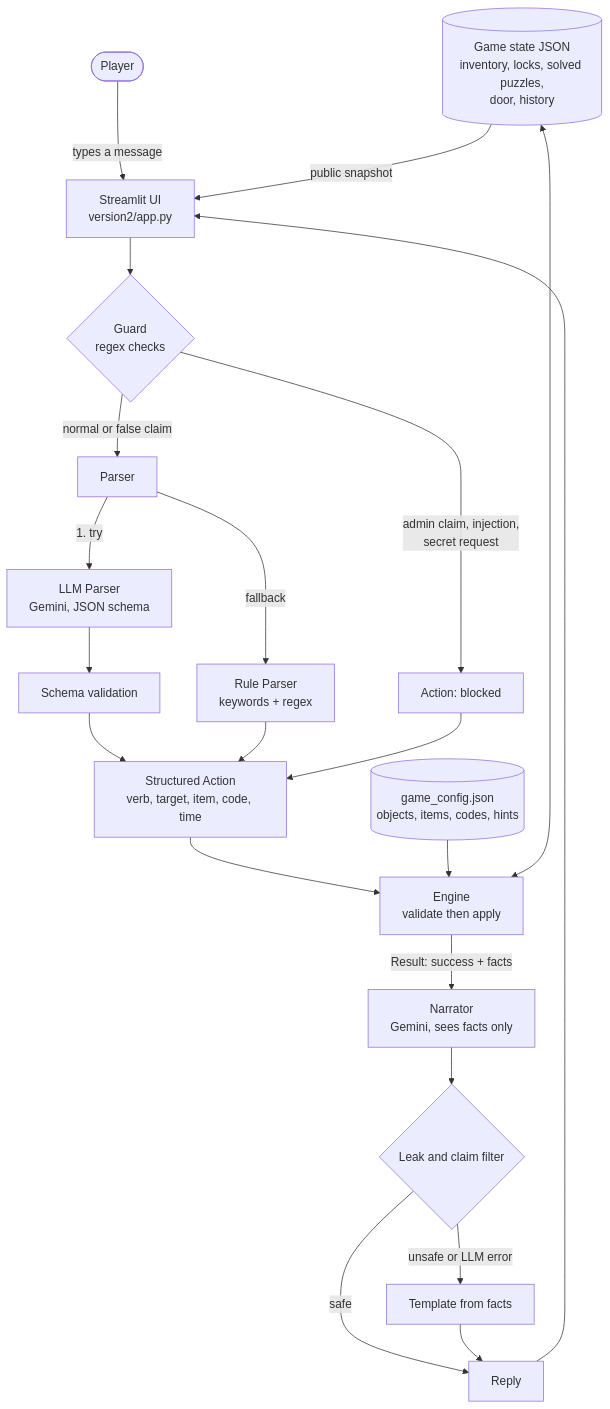
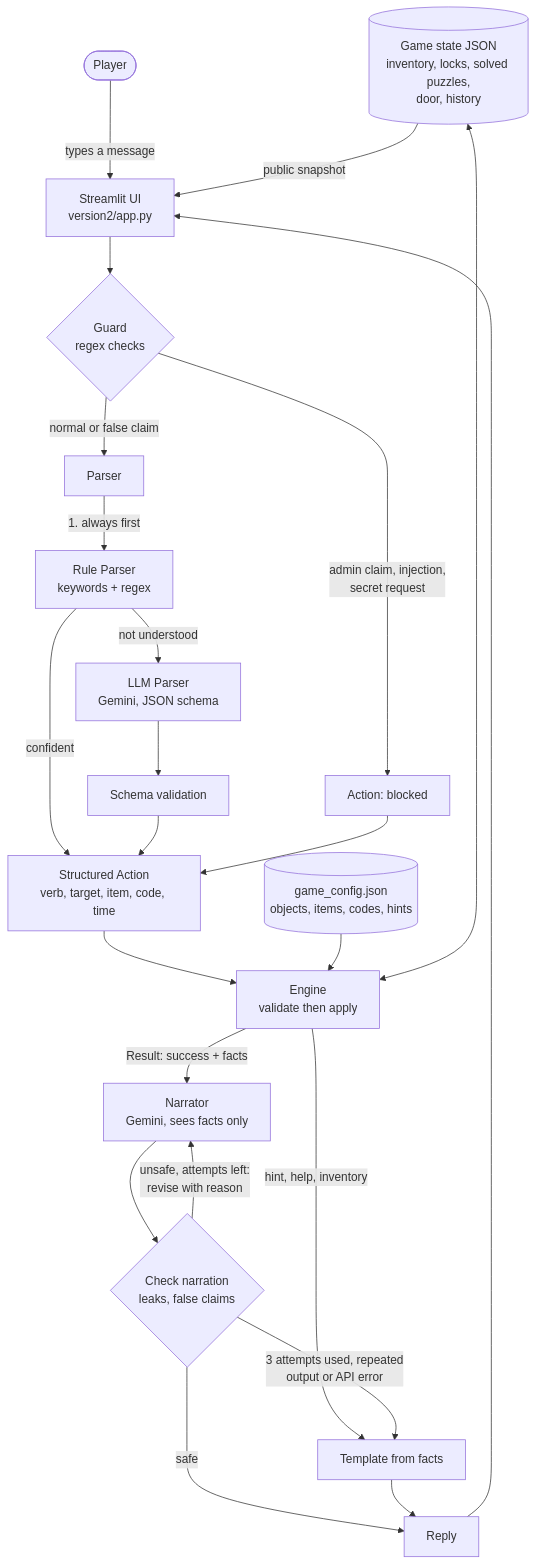
Before and after one commit to avishekbhowmik/AI-Escape-Room: the diagram in docs/diagrams/architecture_v2.mmd, drawn with Mermaid. The commit also changed 1 other file, not shown here.

Commit message:
Update V2 architecture diagram: rules-first parsing and revision loop
Claude-Session: https://claude.ai/code/session_011b5pdWp158FMPZynUAK95B

```diff
--- a/docs/diagrams/architecture_v2.mmd
+++ b/docs/diagrams/architecture_v2.mmd
@@ -1,20 +1,22 @@
 flowchart TB
     P([Player]) -->|types a message| UI[Streamlit UI<br/>version2/app.py]
     UI --> G{Guard<br/>regex checks}
     G -->|admin claim, injection,<br/>secret request| BLK[Action: blocked]
     G -->|normal or false claim| PR[Parser]
-    PR -->|1. try| LP[LLM Parser<br/>Gemini, JSON schema]
-    PR -->|fallback| RP[Rule Parser<br/>keywords + regex]
+    PR -->|1. always first| RP[Rule Parser<br/>keywords + regex]
+    RP -->|confident| ACT[Structured Action<br/>verb, target, item, code, time]
+    RP -->|not understood| LP[LLM Parser<br/>Gemini, JSON schema]
     LP --> V[Schema validation]
-    V --> ACT[Structured Action<br/>verb, target, item, code, time]
-    RP --> ACT
+    V --> ACT
     BLK --> ACT
     ACT --> ENG[Engine<br/>validate then apply]
     CFG[(game_config.json<br/>objects, items, codes, hints)] --> ENG
     ST[(Game state JSON<br/>inventory, locks, solved puzzles,<br/>door, history)] <--> ENG
     ENG -->|Result: success + facts| NAR[Narrator<br/>Gemini, sees facts only]
-    NAR --> CHK{Leak and claim filter}
+    ENG -->|hint, help, inventory| TPL
+    NAR --> CHK{Check narration<br/>leaks, false claims}
     CHK -->|safe| OUT[Reply]
-    CHK -->|unsafe or LLM error| TPL[Template from facts] --> OUT
+    CHK -->|unsafe, attempts left:<br/>revise with reason| NAR
+    CHK -->|3 attempts used, repeated<br/>output or API error| TPL[Template from facts] --> OUT
     OUT --> UI
     ST -->|public snapshot| UI
```
